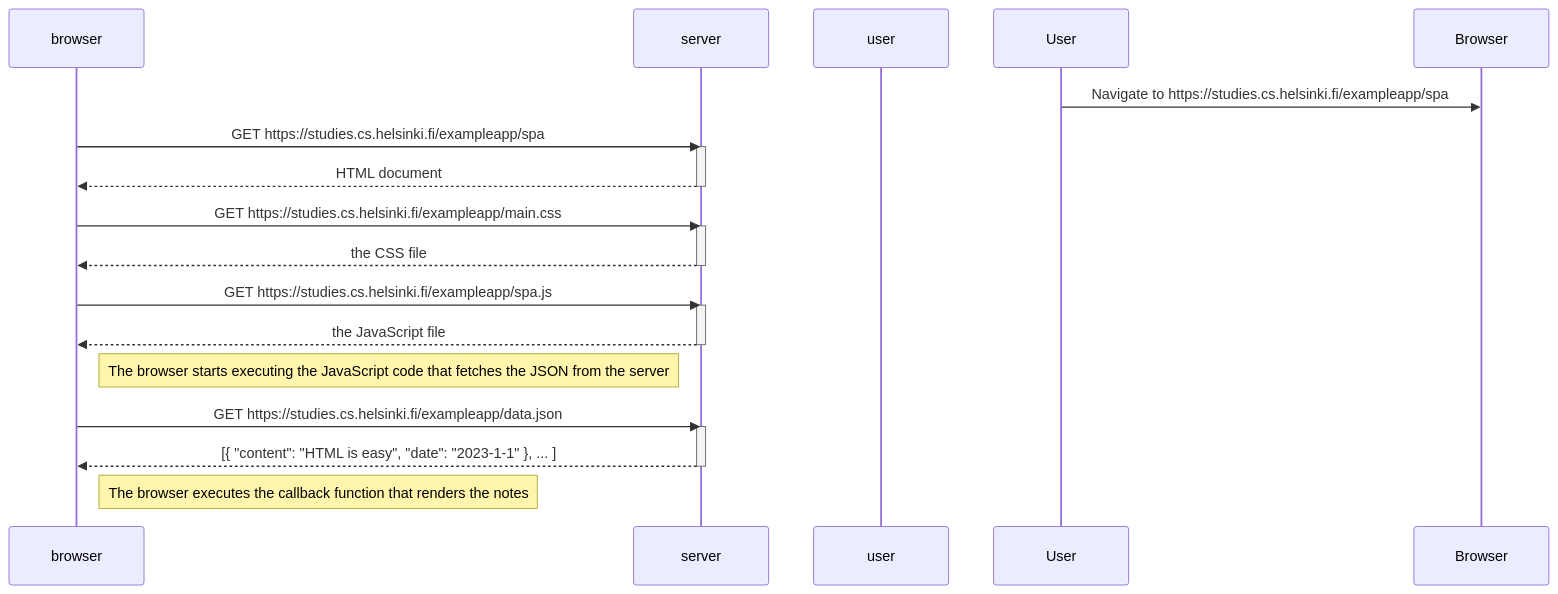
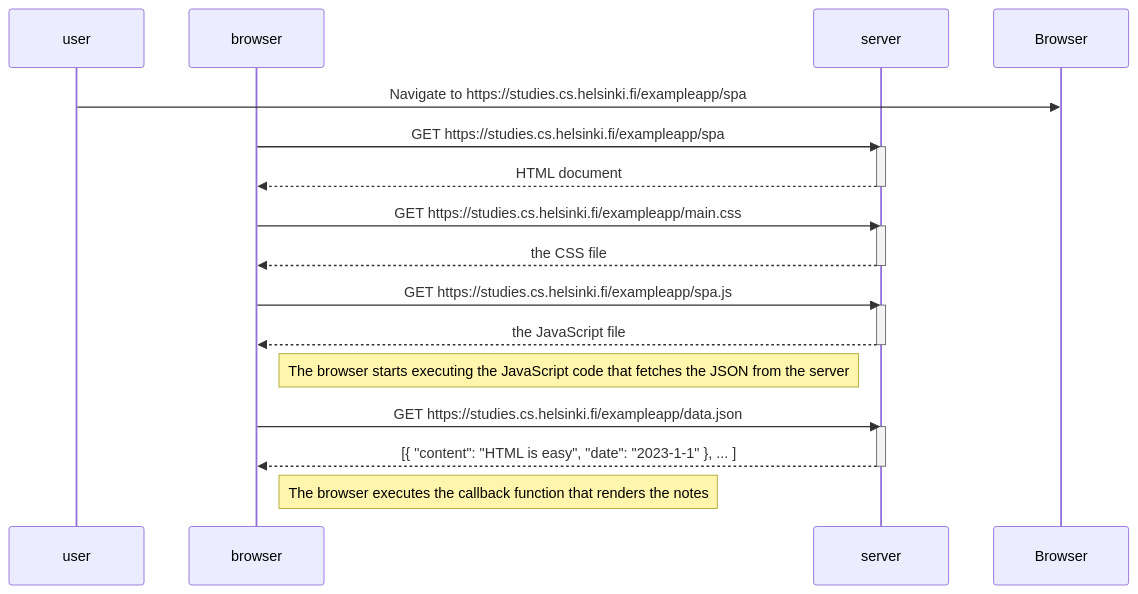
One commit to nkanagno/my-submissions changed the diagram in part0/0.5.Single_page_app_diagram/single_page_diagram.md. Above: the diagram before and after it, drawn with Mermaid.

Commit message:
add part0

````diff
--- a/part0/0.5.Single_page_app_diagram/single_page_diagram.md
+++ b/part0/0.5.Single_page_app_diagram/single_page_diagram.md
@@ -1,31 +1,31 @@
 ```mermaid
 sequenceDiagram
+    participant user
     participant browser
     participant server
-    participant user
 
-    User->>Browser: Navigate to https://studies.cs.helsinki.fi/exampleapp/spa
+    user->>Browser: Navigate to https://studies.cs.helsinki.fi/exampleapp/spa
     browser->>server: GET https://studies.cs.helsinki.fi/exampleapp/spa
     activate server
     server-->>browser: HTML document
     deactivate server
 
     browser->>server: GET https://studies.cs.helsinki.fi/exampleapp/main.css
     activate server
     server-->>browser: the CSS file
     deactivate server
 
     browser->>server: GET https://studies.cs.helsinki.fi/exampleapp/spa.js
     activate server
     server-->>browser: the JavaScript file
     deactivate server
 
     Note right of browser: The browser starts executing the JavaScript code that fetches the JSON from the server
 
     browser->>server: GET https://studies.cs.helsinki.fi/exampleapp/data.json
     activate server
     server-->>browser: [{ "content": "HTML is easy", "date": "2023-1-1" }, ... ]
     deactivate server
 
     Note right of browser: The browser executes the callback function that renders the notes
 ```
````
